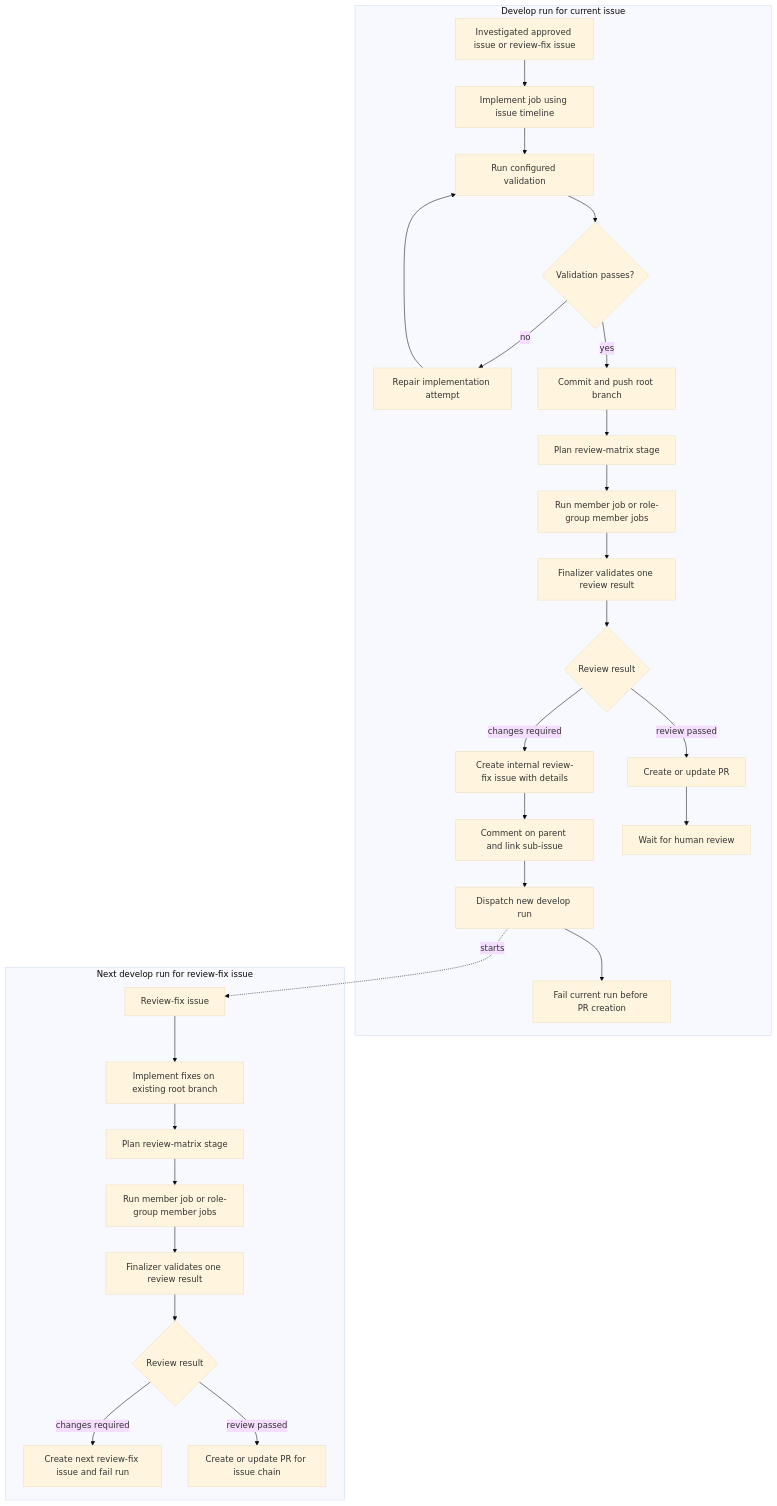
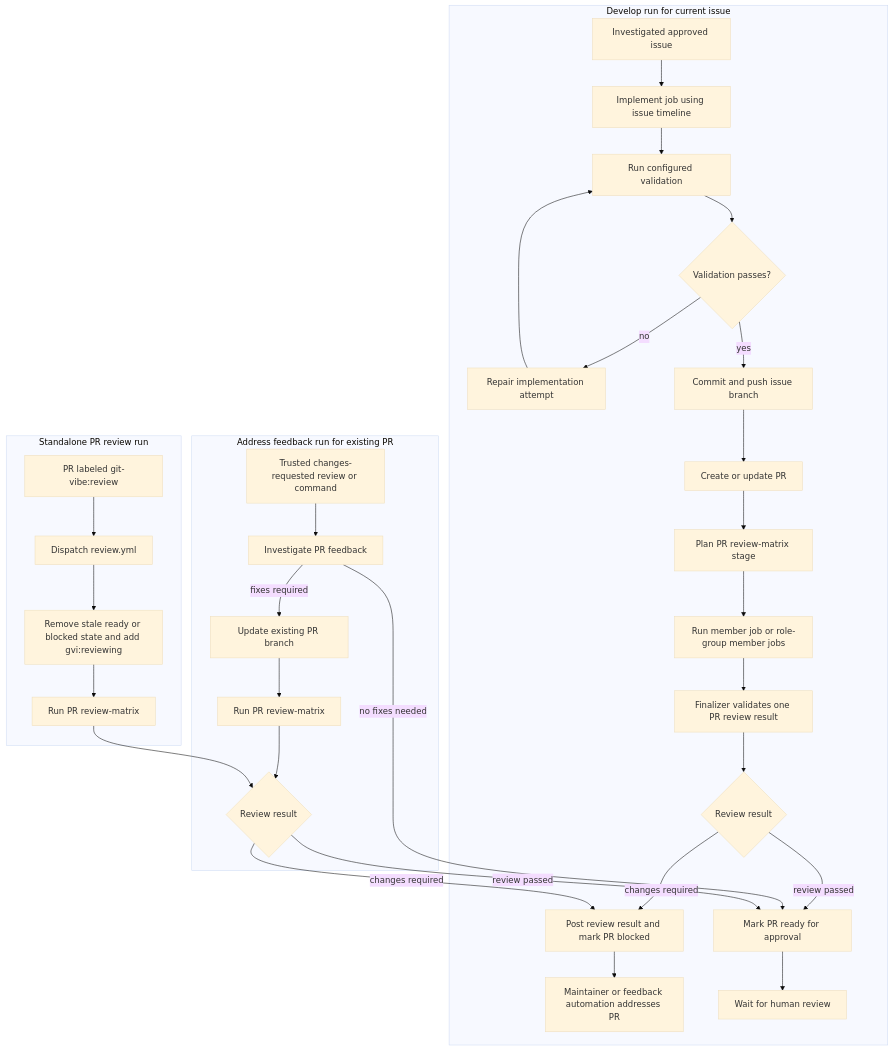
Before and after one commit to markhuangai/git-vibe: the third of 7 diagrams in docs/WORKFLOW.md, drawn with Mermaid (base theme). The commit also changed other lines of this file and 40 other files, not shown here.

````diff
--- a/docs/WORKFLOW.md
+++ b/docs/WORKFLOW.md
@@ -201,33 +213,37 @@
 ```mermaid
 flowchart TD
   subgraph ParentRun[Develop run for current issue]
-    A[Investigated approved issue or review-fix issue] --> E[Implement job using issue timeline]
+    A[Investigated approved issue] --> E[Implement job using issue timeline]
     E --> F[Run configured validation]
     F --> G{Validation passes?}
     G -->|no| H[Repair implementation attempt]
     H --> F
-    G -->|yes| I[Commit and push root branch]
-    I --> J[Plan review-matrix stage]
+    G -->|yes| I[Commit and push issue branch]
+    I --> R[Create or update PR]
+    R --> J[Plan PR review-matrix stage]
     J --> K[Run member job or role-group member jobs]
-    K --> L[Finalizer validates one review result]
+    K --> L[Finalizer validates one PR review result]
     L --> M{Review result}
-    M -->|changes required| N[Create internal review-fix issue with details]
-    N --> O[Comment on parent and link sub-issue]
-    O --> P[Dispatch new develop run]
-    P --> Q[Fail current run before PR creation]
-    M -->|review passed| R[Create or update PR]
-    R --> S[Wait for human review]
+    M -->|changes required| N[Post review result and mark PR blocked]
+    M -->|review passed| S[Mark PR ready for approval]
+    N --> T[Maintainer or feedback automation addresses PR]
+    S --> U[Wait for human review]
   end
 
-  subgraph FollowUpRun[Next develop run for review-fix issue]
-    T[Review-fix issue] --> U[Implement fixes on existing root branch]
-    U --> V[Plan review-matrix stage]
-    V --> W[Run member job or role-group member jobs]
-    W --> X[Finalizer validates one review result]
-    X --> Y{Review result}
-    Y -->|changes required| Z[Create next review-fix issue and fail run]
-    Y -->|review passed| AA[Create or update PR for issue chain]
+  subgraph FeedbackRun[Address feedback run for existing PR]
+    P[Trusted changes-requested review or command] --> Q[Investigate PR feedback]
+    Q -->|fixes required| AA[Update existing PR branch]
+    AA --> AB[Run PR review-matrix]
+    Q -->|no fixes needed| S
+    AB --> Z
   end
 
-  P -. starts .-> T
+  subgraph ManualReview[Standalone PR review run]
+    V[PR labeled git-vibe:review] --> W[Dispatch review.yml]
+    W --> X[Remove stale ready or blocked state and add gvi:reviewing]
+    X --> Y[Run PR review-matrix]
+    Y --> Z{Review result}
+    Z -->|changes required| N
+    Z -->|review passed| S
+  end
 ```
````
